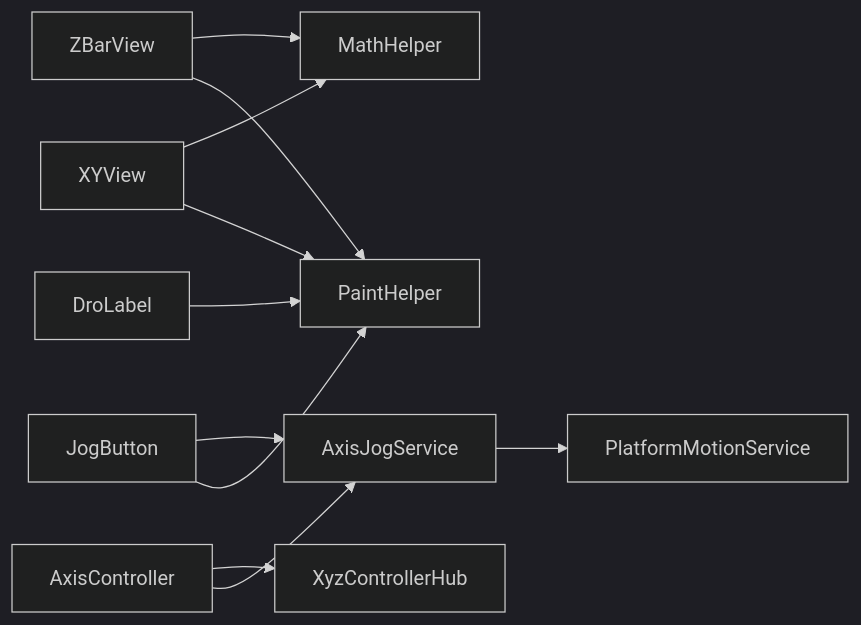
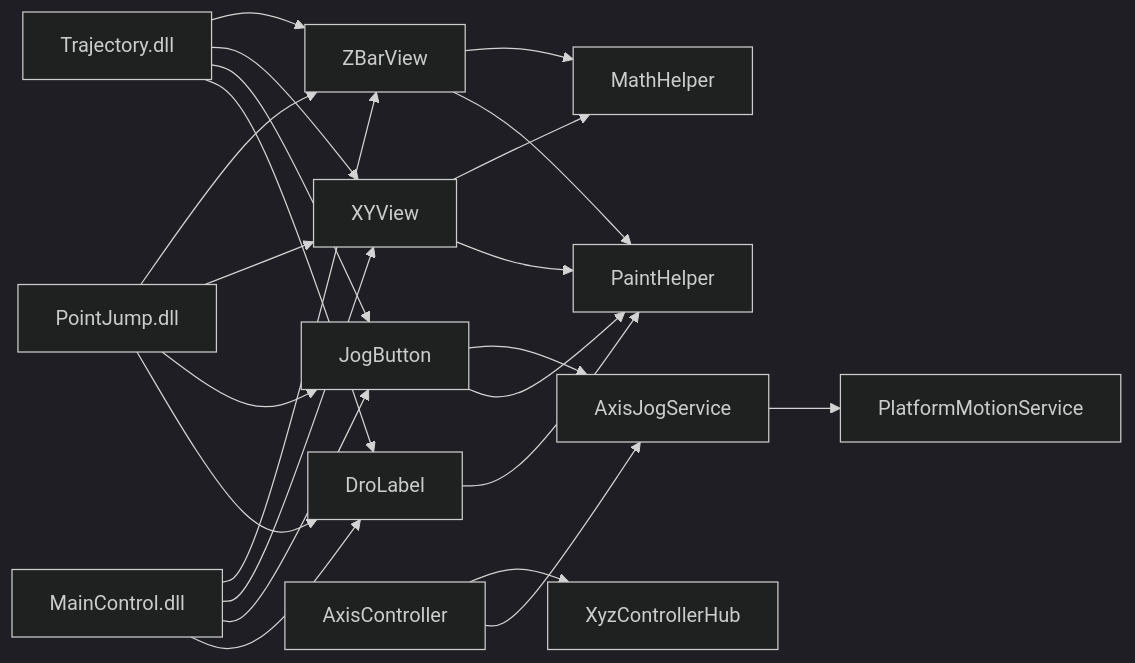
One commit to fuweiq94-cloud/339918076 changed the seventh of 7 diagrams in .qoder/repowiki/zh/content/UI控件库/UI控件库.md. Above: the diagram before and after it, drawn with Mermaid (dark theme). The commit also changed other lines of this file and 203 other files, not shown here.

````diff
--- a/.qoder/repowiki/zh/content/UI控件库/UI控件库.md
+++ b/.qoder/repowiki/zh/content/UI控件库/UI控件库.md
@@ -378,13 +408,25 @@
 ```mermaid
 graph LR
 DL["DroLabel"] --> PH["PaintHelper"]
 JB["JogButton"] --> PH
 XY["XYView"] --> PH
 ZB["ZBarView"] --> PH
 XY --> MH["MathHelper"]
 ZB --> MH
 JB --> AJS["AxisJogService"]
 AC["AxisController"] --> AJS
 AJS --> PMS["PlatformMotionService"]
 AC --> XH["XyzControllerHub"]
+MC["MainControl.dll"] --> DL
+PJ["PointJump.dll"] --> DL
+TR["Trajectory.dll"] --> DL
+MC --> JB
+PJ --> JB
+TR --> JB
+MC --> XY
+PJ --> XY
+TR --> XY
+MC --> ZB
+PJ --> ZB
+TR --> ZB
 ```
````
